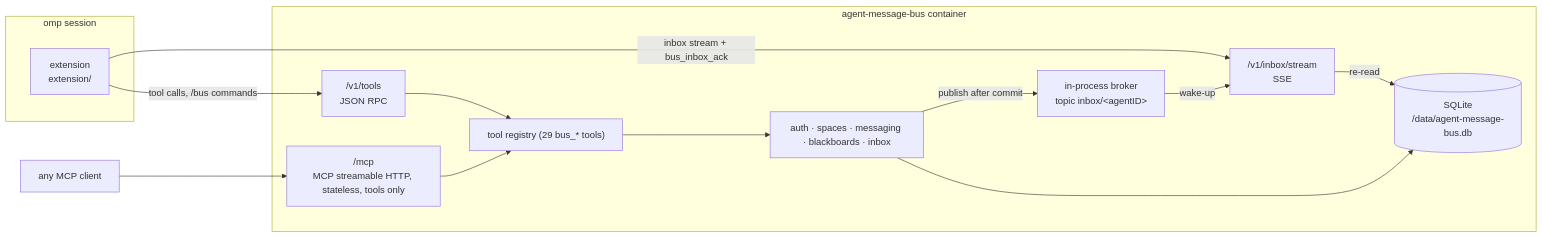
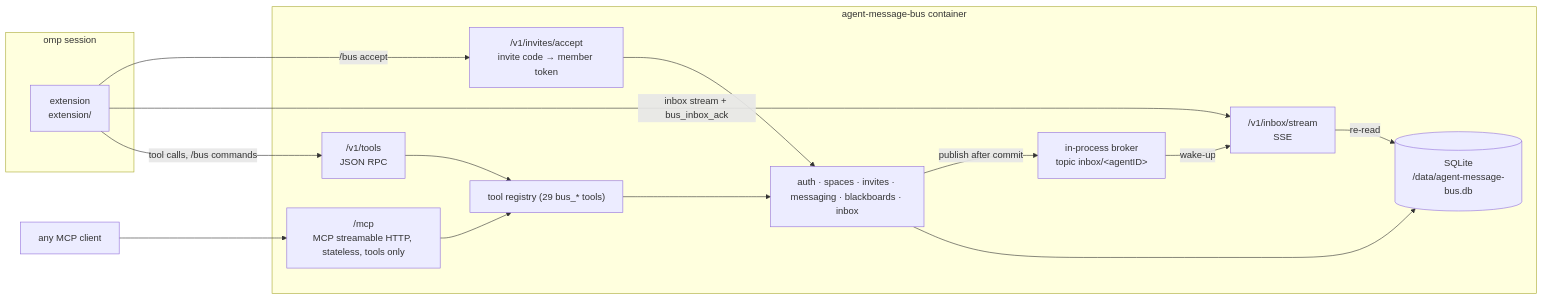
One commit to till-muellers/agent-message-bus changed the diagram in server/spec/README.md. Above: the diagram before and after it, drawn with Mermaid. The commit also changed other lines of this file and 108 other files, not shown here.

First line of the commit message:
feat: invite codes, /bus accept and one-step worker spawn (#3)

````diff
--- a/server/spec/README.md
+++ b/server/spec/README.md
@@ -11,25 +11,28 @@
 ```mermaid
 flowchart LR
   subgraph omp["omp session"]
     ext["extension<br/>extension/"]
   end
   subgraph container["agent-message-bus container"]
     mcp["/mcp<br/>MCP streamable HTTP, stateless, tools only"]
     rpc["/v1/tools<br/>JSON RPC"]
     sse["/v1/inbox/stream<br/>SSE"]
+    acc["/v1/invites/accept<br/>invite code → member token"]
     reg["tool registry (29 bus_* tools)"]
-    feat["auth · spaces · messaging · blackboards · inbox"]
+    feat["auth · spaces · invites · messaging · blackboards · inbox"]
     broker["in-process broker<br/>topic inbox/&lt;agentID&gt;"]
     db[("SQLite<br/>/data/agent-message-bus.db")]
   end
   mcpclient["any MCP client"] --> mcp
   ext -- "tool calls, /bus commands" --> rpc
   ext -- "inbox stream + bus_inbox_ack" --> sse
+  ext -- "/bus accept" --> acc
+  acc --> feat
   mcp --> reg
   rpc --> reg
   reg --> feat
   feat --> db
   feat -- "publish after commit" --> broker
   broker -- "wake-up" --> sse
   sse -- "re-read" --> db
 ```
````
